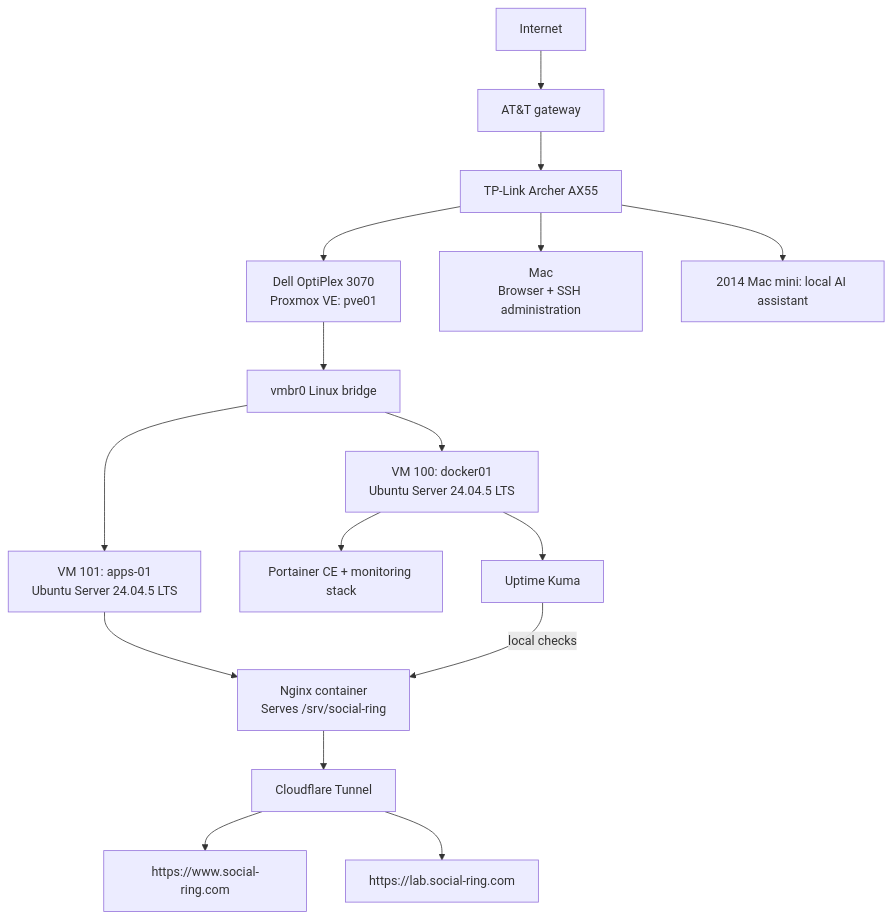
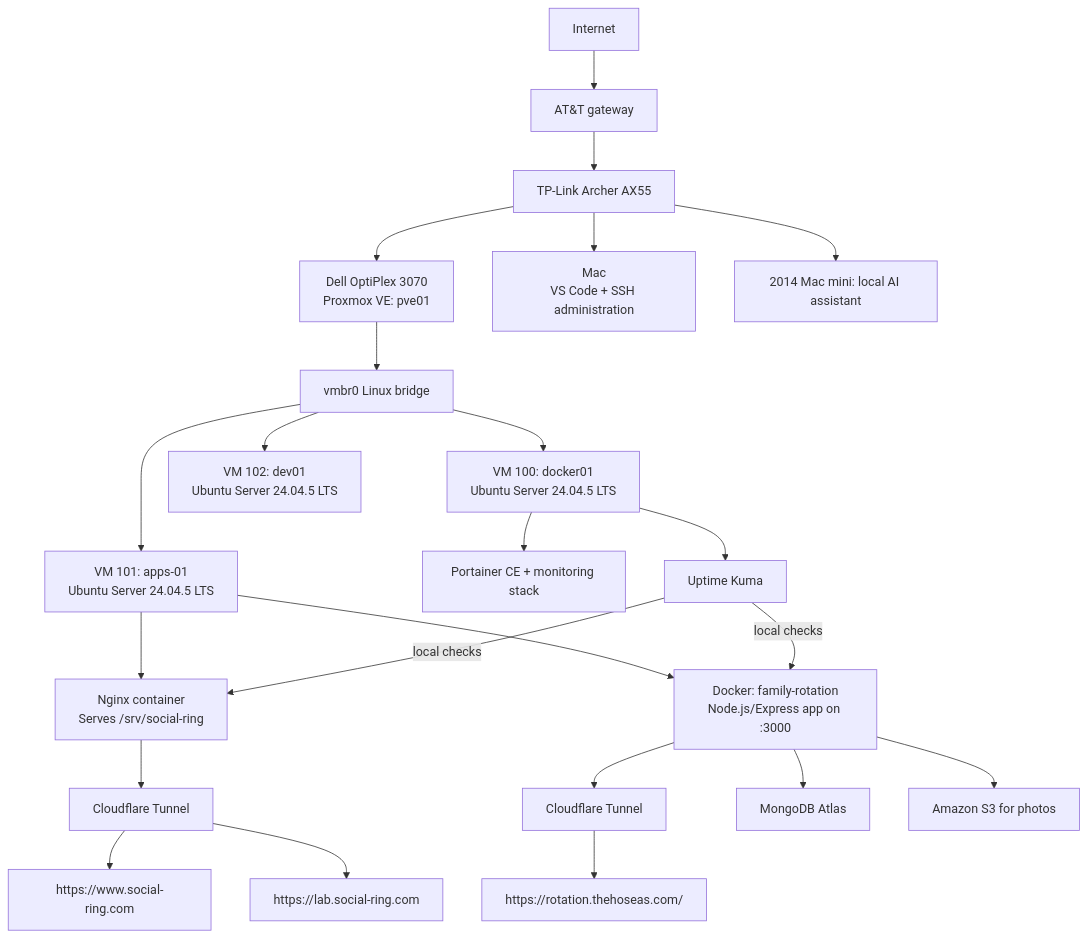
Before and after one commit to HoseaCodes/HomeLab: the first of 3 diagrams in docs/architecture.md, drawn with Mermaid. The commit also changed other lines of this file and 4 other files, not shown here.

Commit message:
docs: Update README, architecture, and build log with Family Rotation deployment details and verification status

````diff
--- a/docs/architecture.md
+++ b/docs/architecture.md
@@ -11,18 +11,25 @@
 ```mermaid
 flowchart TD
     I[Internet] --> A[AT&T gateway]
     A --> R[TP-Link Archer AX55]
     R --> P[Dell OptiPlex 3070\nProxmox VE: pve01]
-    R --> M[Mac\nBrowser + SSH administration]
+    R --> M[Mac\nVS Code + SSH administration]
     R --> AI["2014 Mac mini: local AI assistant"]
     P --> B[vmbr0 Linux bridge]
     B --> V1[VM 100: docker01\nUbuntu Server 24.04.5 LTS]
     B --> V2[VM 101: apps-01\nUbuntu Server 24.04.5 LTS]
+    B --> V3[VM 102: dev01\nUbuntu Server 24.04.5 LTS]
     V2 --> Nginx["Nginx container\nServes /srv/social-ring"]
+    V2 --> FR["Docker: family-rotation\nNode.js/Express app on :3000"]
     Nginx --> CF[Cloudflare Tunnel]
+    FR --> CF2[Cloudflare Tunnel]
     CF --> WWW[https://www.social-ring.com]
     CF --> LAB[https://lab.social-ring.com]
+    CF2 --> ROT[https://rotation.thehoseas.com/]
+    FR --> ATLAS[MongoDB Atlas]
+    FR --> S3[Amazon S3 for photos]
     V1 --> Portainer[Portainer CE + monitoring stack]
     V1 --> Kuma[Uptime Kuma]
     Kuma -->|local checks| Nginx
+    Kuma -->|local checks| FR
 ```
````
